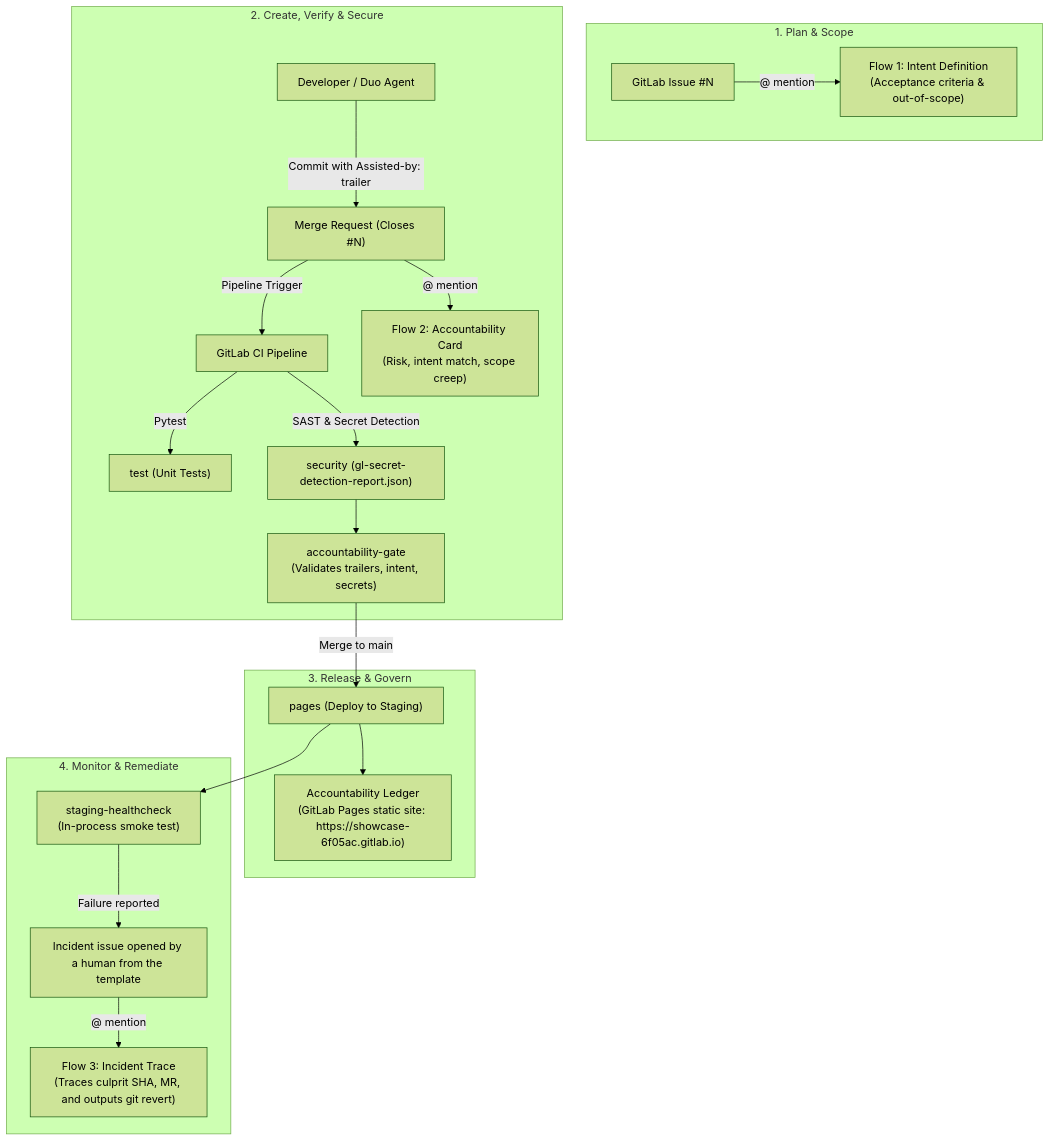
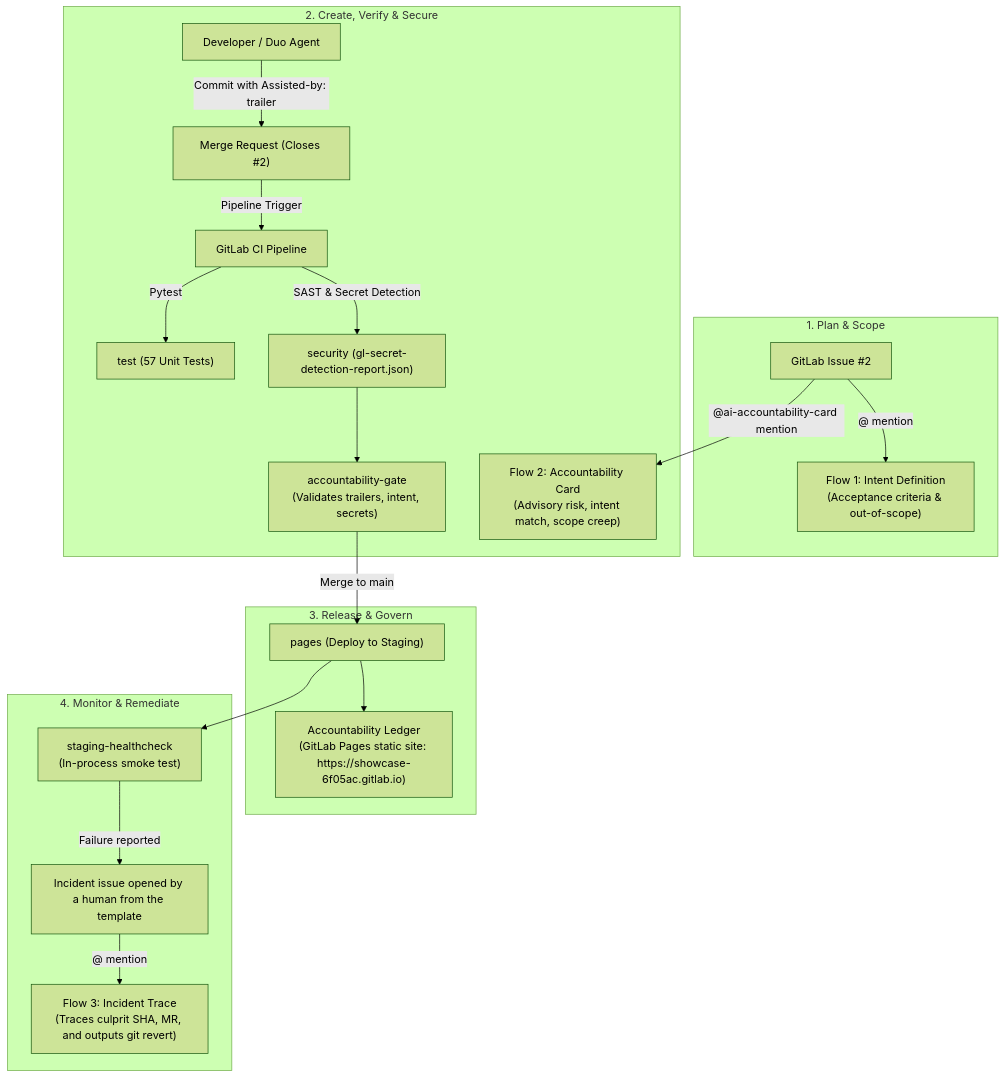
Before and after one commit to ritesh-1912/Gitlab-Hackathon: the diagram in README.md, drawn with Mermaid (forest theme). The commit also changed other lines of this file and 4 other files, not shown here.

````diff
--- a/README.md
+++ b/README.md
@@ -54,26 +63,26 @@
 ```mermaid
 flowchart TD
     subgraph Plan["1. Plan & Scope"]
-        Issue["GitLab Issue #N"] -->|"@<intent-flow-handle> mention"| Flow1["Flow 1: Intent Definition<br/>(Acceptance criteria & out-of-scope)"]
+        Issue["GitLab Issue #2"] -->|"@<intent-flow-handle> mention"| Flow1["Flow 1: Intent Definition<br/>(Acceptance criteria & out-of-scope)"]
     end
 
     subgraph CreateVerify["2. Create, Verify & Secure"]
-        Dev["Developer / Duo Agent"] -->|"Commit with Assisted-by: trailer"| MR["Merge Request (Closes #N)"]
+        Dev["Developer / Duo Agent"] -->|"Commit with Assisted-by: trailer"| MR["Merge Request (Closes #2)"]
         MR -->|"Pipeline Trigger"| CI["GitLab CI Pipeline"]
-        CI -->|"Pytest"| TestJob["test (Unit Tests)"]
+        CI -->|"Pytest"| TestJob["test (57 Unit Tests)"]
         CI -->|"SAST & Secret Detection"| SecJob["security (gl-secret-detection-report.json)"]
         SecJob --> GateJob["accountability-gate<br/>(Validates trailers, intent, secrets)"]
-        MR -->|"@<card-flow-handle> mention"| Flow2["Flow 2: Accountability Card<br/>(Risk, intent match, scope creep)"]
+        Issue -->|"@ai-accountability-card mention"| Flow2["Flow 2: Accountability Card<br/>(Advisory risk, intent match, scope creep)"]
     end
 
     subgraph ReleaseGovern["3. Release & Govern"]
         GateJob -->|"Merge to main"| DeployJob["pages (Deploy to Staging)"]
         DeployJob --> Ledger["Accountability Ledger<br/>(GitLab Pages static site: https://showcase-6f05ac.gitlab.io)"]
     end
 
     subgraph MonitorRemediate["4. Monitor & Remediate"]
         DeployJob --> SmokeJob["staging-healthcheck<br/>(In-process smoke test)"]
         SmokeJob -->|"Failure reported"| IncIssue["Incident issue opened by a human from the template"]
         IncIssue -->|"@<incident-flow-handle> mention"| Flow3["Flow 3: Incident Trace<br/>(Traces culprit SHA, MR, and outputs git revert)"]
     end
 ```
````
